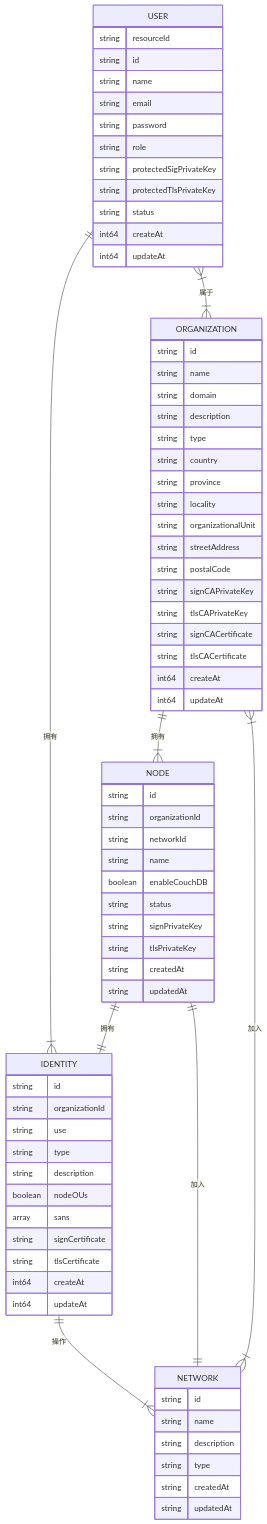
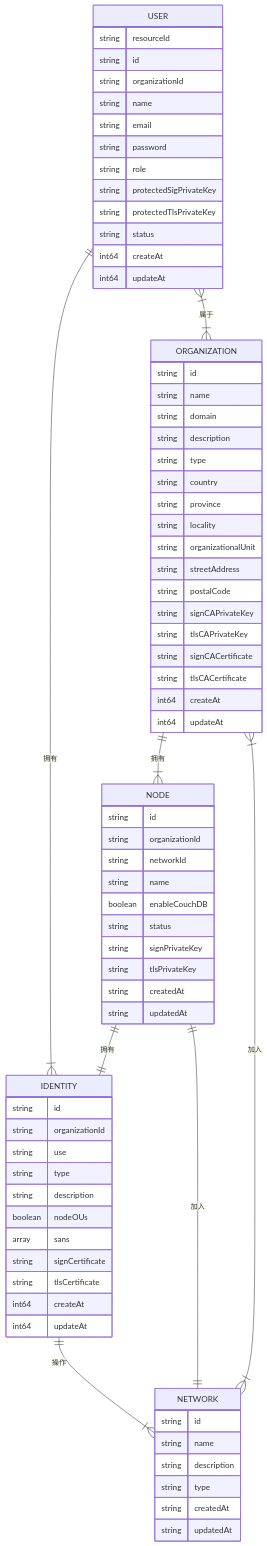
Before and after one commit to yakumioto/alkaid: the diagram in docs/erd.md, drawn with Mermaid. The commit also changed 18 other files, not shown here.

````diff
--- a/docs/erd.md
+++ b/docs/erd.md
@@ -1,76 +1,77 @@
 ```mermaid
 erDiagram
     USER {
         string resourceId
         string id
+        string organizationId
         string name
         string email
         string password
         string role
         string protectedSigPrivateKey
         string protectedTlsPrivateKey
         string status
         int64  createAt
         int64  updateAt
     }
     ORGANIZATION {
         string id
         string name
         string domain
         string description
         string type
         string country
         string province
         string locality
         string organizationalUnit
         string streetAddress
         string postalCode
         string signCAPrivateKey
         string tlsCAPrivateKey
         string signCACertificate
         string tlsCACertificate
         int64  createAt
         int64  updateAt
     }
     IDENTITY {
         string  id
         string  organizationId
         string  use
         string  type
         string  description
         boolean nodeOUs
         array   sans
         string  signCertificate
         string  tlsCertificate
         int64   createAt
         int64   updateAt
     }
     NETWORK {
         string id
         string name
         string description
         string type
         string createdAt
         string updatedAt
     }
     NODE {
         string  id
         string  organizationId
         string  networkId
         string  name
         boolean enableCouchDB
         string  status
         string signPrivateKey
         string tlsPrivateKey
         string createdAt
         string updatedAt
     }
 
     IDENTITY ||--|{ NETWORK : "操作"
     USER }|--|{ ORGANIZATION : "属于"
     USER ||--|{ IDENTITY : "拥有"
     NODE ||--|| IDENTITY : "拥有"
     NODE ||--|| NETWORK : "加入"
     ORGANIZATION }|--|{ NETWORK : "加入"
     ORGANIZATION ||--|{ NODE : "拥有"
 ```
````
